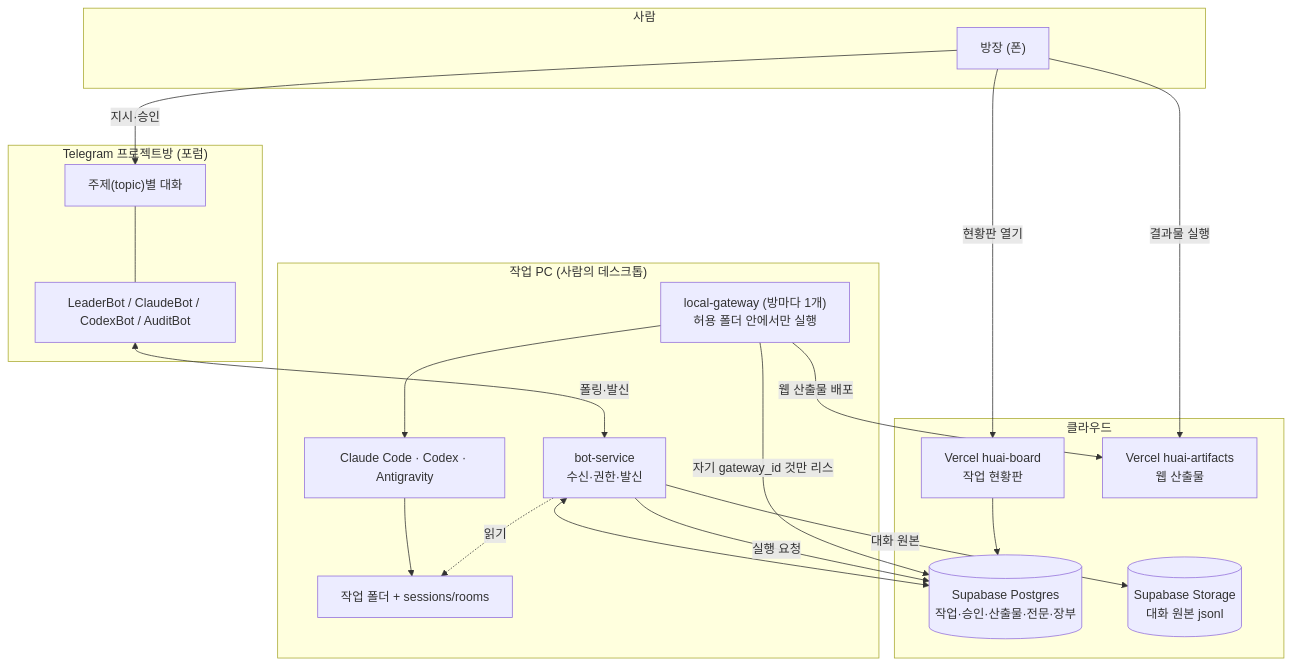
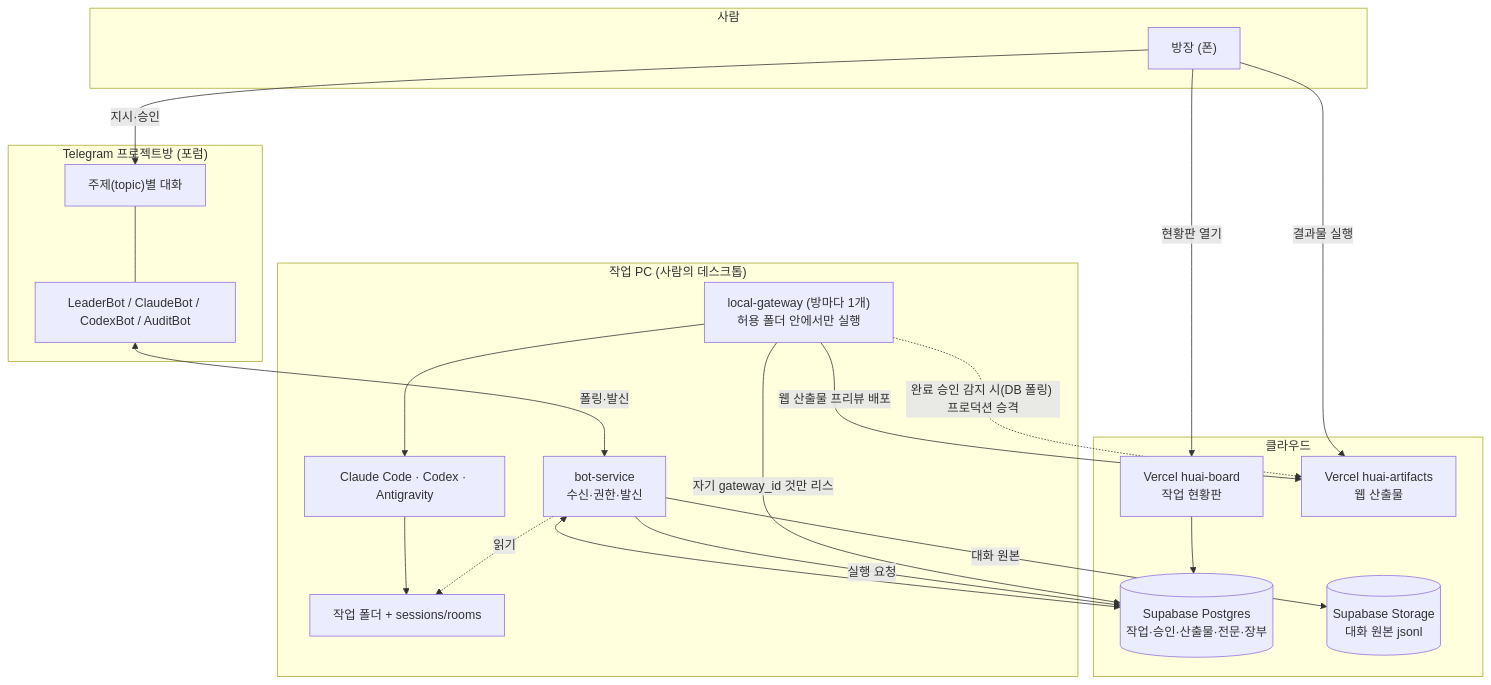
The diagram in docs/시스템_관계도.md (SUNWOONGKYU/HuAIChatroomSystem), drawn with Mermaid before and after one commit. The commit also changed other lines of this file and 11 other files, not shown here.

First line of the commit message:
Redraw both system diagrams and catch every doc up to today's changes

````diff
--- a/docs/시스템_관계도.md
+++ b/docs/시스템_관계도.md
@@ -9,40 +9,41 @@
 ```mermaid
 graph TB
   subgraph 사람["사람"]
     OWNER["방장 (폰)"]
   end
 
   subgraph TG["Telegram 프로젝트방 (포럼)"]
     TOPIC["주제(topic)별 대화"]
     BOTS["LeaderBot / ClaudeBot / CodexBot / AuditBot"]
   end
 
   subgraph PC["작업 PC (사람의 데스크톱)"]
     BOT["bot-service<br/>수신·권한·발신"]
     GW1["local-gateway (방마다 1개)<br/>허용 폴더 안에서만 실행"]
     CLI["Claude Code · Codex · Antigravity"]
     FILES["작업 폴더 + sessions/rooms"]
   end
 
   subgraph CLOUD["클라우드"]
     DB[("Supabase Postgres<br/>작업·승인·산출물·전문·장부")]
     ST[("Supabase Storage<br/>대화 원본 jsonl")]
     BOARD["Vercel huai-board<br/>작업 현황판"]
     ART["Vercel huai-artifacts<br/>웹 산출물"]
   end
 
   OWNER -->|지시·승인| TOPIC
   TOPIC --- BOTS
   BOTS <-->|폴링·발신| BOT
   BOT <--> DB
   BOT -->|실행 요청| DB
   GW1 -->|자기 gateway_id 것만 리스| DB
   GW1 --> CLI
   CLI --> FILES
-  GW1 -->|웹 산출물 배포| ART
+  GW1 -->|웹 산출물 프리뷰 배포| ART
+  GW1 -.완료 승인 감지 시(DB 폴링) 프로덕션 승격.-> ART
   BOT -->|대화 원본| ST
   OWNER -->|현황판 열기| BOARD
   BOARD --> DB
   OWNER -->|결과물 실행| ART
   BOT -.읽기.-> FILES
 ```
````
